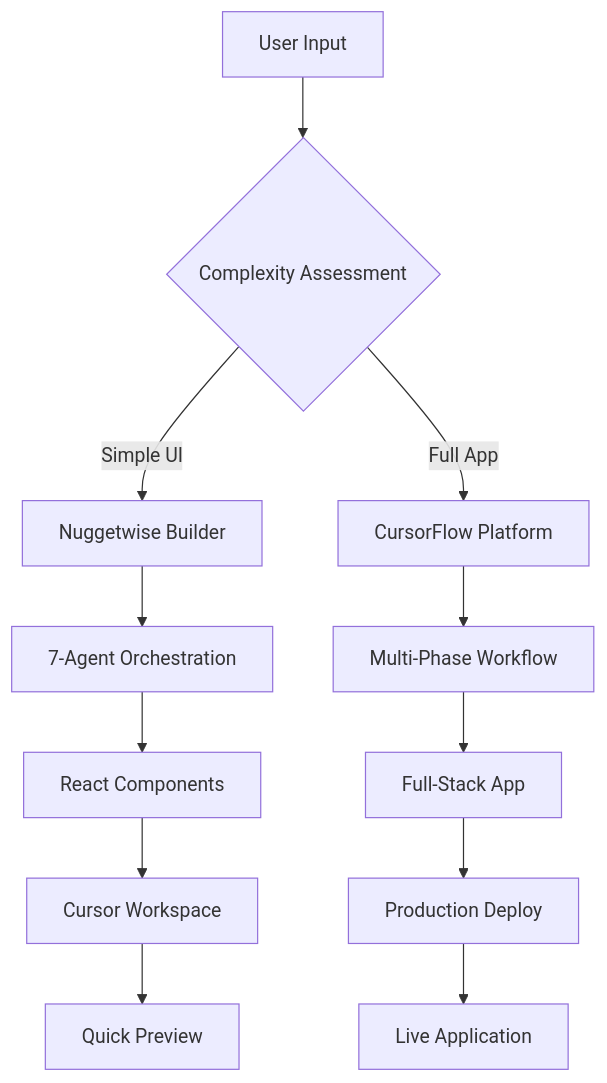
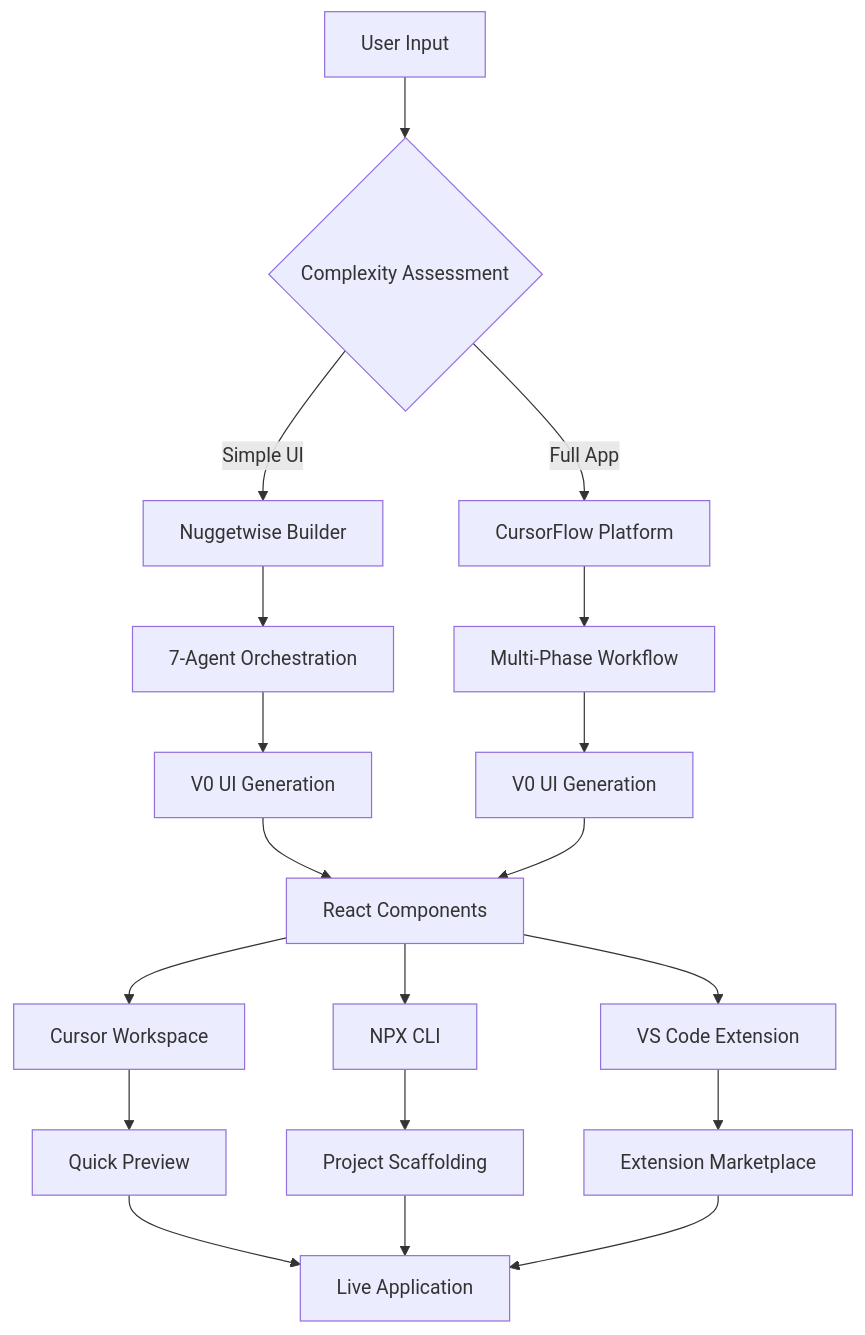
Before and after one commit to nuggetswise/cursorflow: the diagram in implementation-plan/README.md, drawn with Mermaid. The commit also changed other lines of this file and 88 other files, not shown here.

````diff
--- a/implementation-plan/README.md
+++ b/implementation-plan/README.md
@@ -19,14 +42,21 @@
 ```mermaid
 graph TD
     A[User Input] --> B{Complexity Assessment}
     B -->|Simple UI| C[Nuggetwise Builder]
     B -->|Full App| D[CursorFlow Platform]
     C --> E[7-Agent Orchestration]
     D --> F[Multi-Phase Workflow]
-    E --> G[React Components]
-    F --> H[Full-Stack App]
-    G --> I[Cursor Workspace]
-    H --> J[Production Deploy]
-    I --> K[Quick Preview]
-    J --> L[Live Application]
+    E --> G[V0 UI Generation]
+    F --> H[V0 UI Generation]
+    G --> I[React Components]
+    H --> I
+    I --> J[Cursor Workspace]
+    I --> K[NPX CLI]
+    I --> L[VS Code Extension]
+    J --> M[Quick Preview]
+    K --> N[Project Scaffolding]
+    L --> O[Extension Marketplace]
+    M --> P[Live Application]
+    N --> P
+    O --> P
 ```
````
